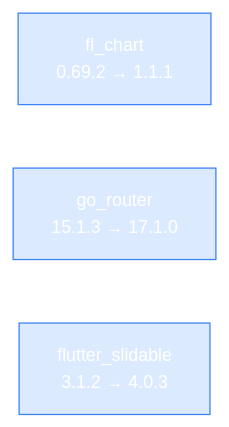
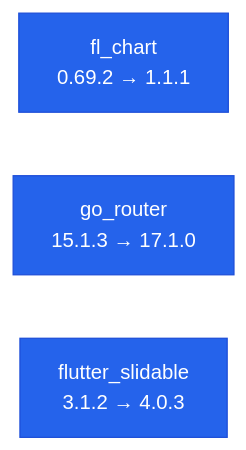
Before and after one commit to Neal75418/afterclose: the third of 3 diagrams in docs/PENDING_UPGRADES.md, drawn with Mermaid. The commit also changed other lines of this file and 6 other files, not shown here.

First line of the commit message:
docs: update documentation — test counts, dark-mode Mermaid, CHANGELOG entries, anchor fixes

````diff
--- a/docs/PENDING_UPGRADES.md
+++ b/docs/PENDING_UPGRADES.md
@@ -74,11 +74,11 @@
 ```mermaid
-%%{init: {'theme': 'base', 'themeVariables': {'primaryColor': '#4F46E5', 'primaryTextColor': '#fff', 'primaryBorderColor': '#3730A3', 'lineColor': '#6366F1', 'fontSize': '14px'}}}%%
+%%{init: {'theme': 'neutral'}}%%
 flowchart LR
     FL["fl_chart\n0.69.2 → 1.1.1"]
     GR["go_router\n15.1.3 → 17.1.0"]
     FS["flutter_slidable\n3.1.2 → 4.0.3"]
 
-    style FL fill:#DBEAFE,stroke:#3B82F6
-    style GR fill:#DBEAFE,stroke:#3B82F6
-    style FS fill:#DBEAFE,stroke:#3B82F6
+    style FL fill:#2563EB,color:#fff,stroke:#1D4ED8
+    style GR fill:#2563EB,color:#fff,stroke:#1D4ED8
+    style FS fill:#2563EB,color:#fff,stroke:#1D4ED8
 ```
````
